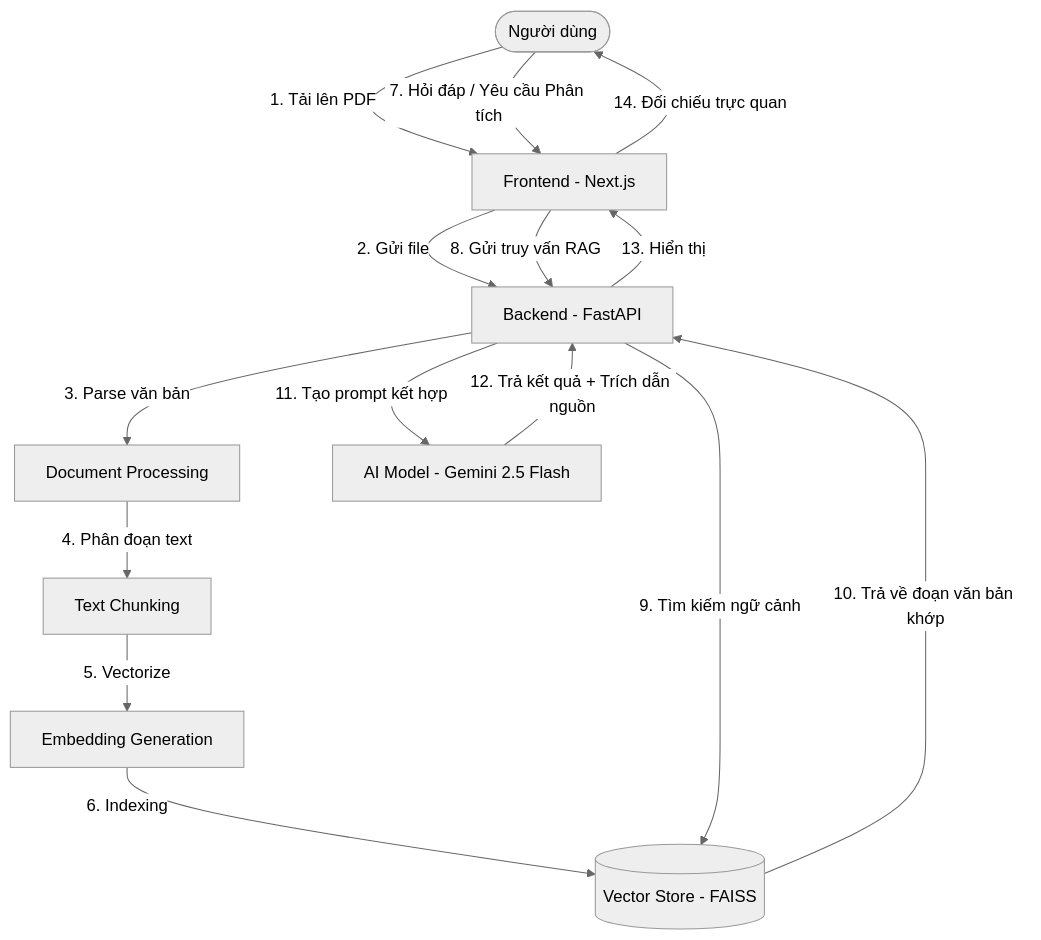
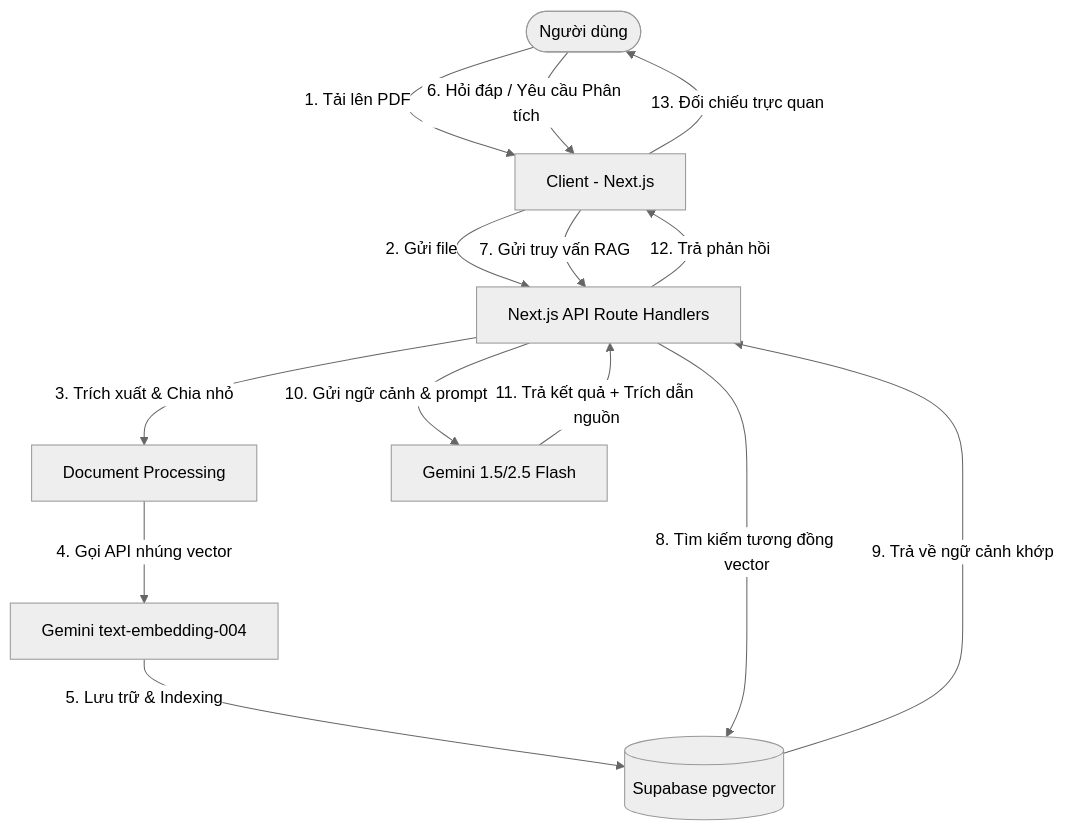
The second of 3 diagrams in docs/Product_docs/PRODUCT_DIRECTION.md (githubuser2777/LegalLens_ZenAI), drawn with Mermaid (neutral theme) before and after one commit. The commit also changed other lines of this file and 203 other files, not shown here.

````diff
--- a/docs/Product_docs/PRODUCT_DIRECTION.md
+++ b/docs/Product_docs/PRODUCT_DIRECTION.md
@@ -71,18 +71,17 @@
 ```mermaid
 graph TD
-    User([Người dùng]) -->|1. Tải lên PDF| FE[Frontend - Next.js]
-    FE -->|2. Gửi file| BE[Backend - FastAPI]
-    BE -->|3. Parse văn bản| DP[Document Processing]
-    DP -->|4. Phân đoạn text| Chunk[Text Chunking]
-    Chunk -->|5. Vectorize| Embed[Embedding Generation]
-    Embed -->|6. Indexing| DB[(Vector Store - FAISS)]
+    User([Người dùng]) -->|1. Tải lên PDF| FE[Client - Next.js]
+    FE -->|2. Gửi file| API[Next.js API Route Handlers]
+    API -->|3. Trích xuất & Chia nhỏ| DP[Document Processing]
+    DP -->|4. Gọi API nhúng vector| GeminiEmbed[Gemini text-embedding-004]
+    GeminiEmbed -->|5. Lưu trữ & Indexing| DB[(Supabase pgvector)]
     
-    User -->|7. Hỏi đáp / Yêu cầu Phân tích| FE
-    FE -->|8. Gửi truy vấn RAG| BE
-    BE -->|9. Tìm kiếm ngữ cảnh| DB
-    DB -->|10. Trả về đoạn văn bản khớp| BE
-    BE -->|11. Tạo prompt kết hợp| LLM[AI Model - Gemini 2.5 Flash]
-    LLM -->|12. Trả kết quả + Trích dẫn nguồn| BE
-    BE -->|13. Hiển thị| FE
-    FE -->|14. Đối chiếu trực quan| User
+    User -->|6. Hỏi đáp / Yêu cầu Phân tích| FE
+    FE -->|7. Gửi truy vấn RAG| API
+    API -->|8. Tìm kiếm tương đồng vector| DB
+    DB -->|9. Trả về ngữ cảnh khớp| API
+    API -->|10. Gửi ngữ cảnh & prompt| GeminiLLM[Gemini 1.5/2.5 Flash]
+    GeminiLLM -->|11. Trả kết quả + Trích dẫn nguồn| API
+    API -->|12. Trả phản hồi| FE
+    FE -->|13. Đối chiếu trực quan| User
 ```
````
